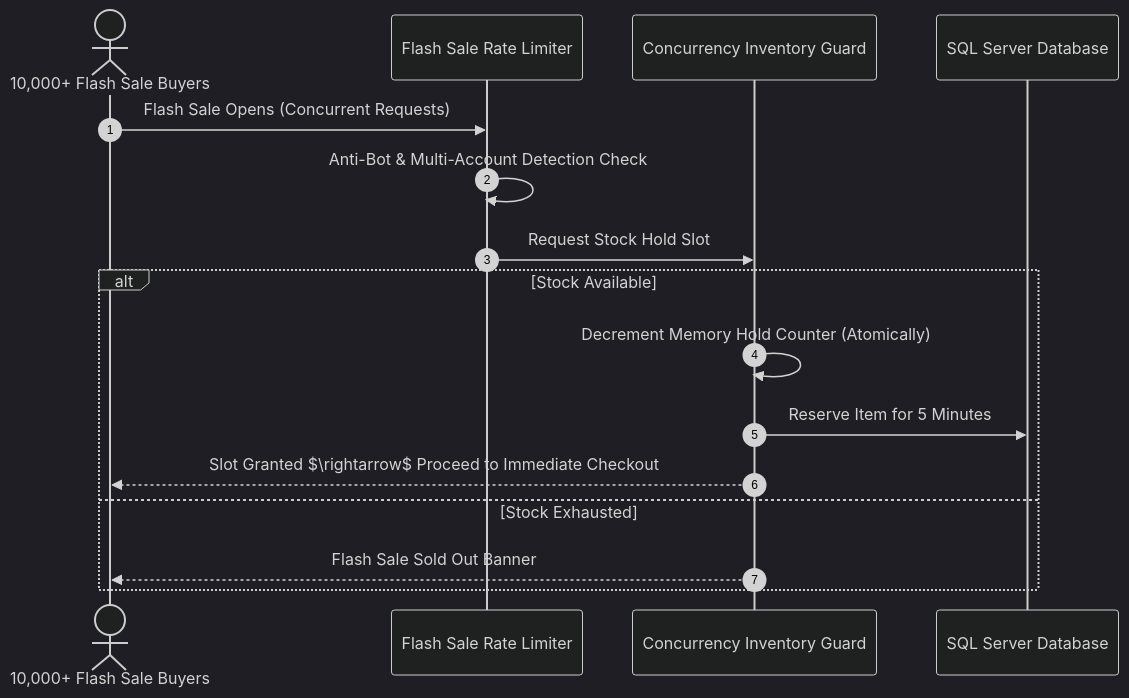
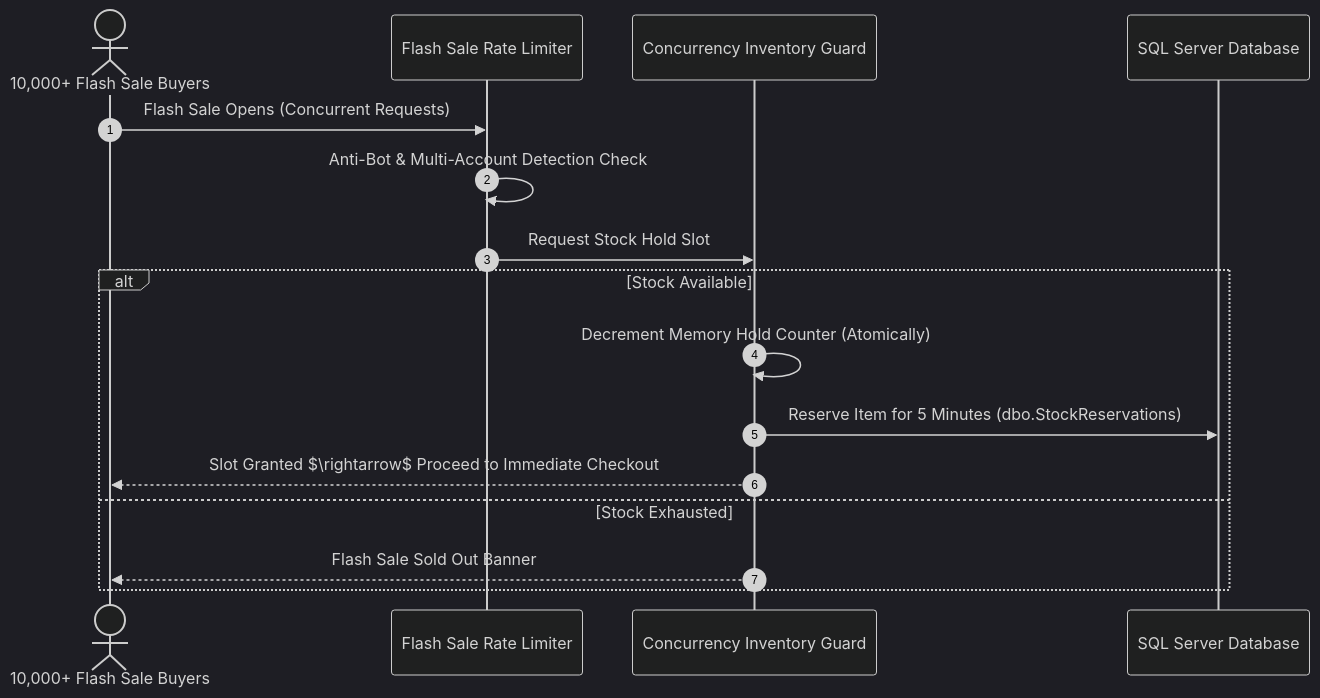
One commit to pra2011shant/ShopNext changed the seventh of 7 diagrams in ShopNext/WORKFLOW.md. Above: the diagram before and after it, drawn with Mermaid (dark theme). The commit also changed other lines of this file and 2 other files, not shown here.

````diff
--- a/ShopNext/WORKFLOW.md
+++ b/ShopNext/WORKFLOW.md
@@ -146,20 +180,20 @@
 ```mermaid
 sequenceDiagram
     autonumber
     actor Buyers as 10,000+ Flash Sale Buyers
     participant Gate as Flash Sale Rate Limiter
     participant Lock as Concurrency Inventory Guard
     participant DB as SQL Server Database
 
     Buyers->>Gate: Flash Sale Opens (Concurrent Requests)
     Gate->>Gate: Anti-Bot & Multi-Account Detection Check
     Gate->>Lock: Request Stock Hold Slot
     
     alt Stock Available
         Lock->>Lock: Decrement Memory Hold Counter (Atomically)
-        Lock->>DB: Reserve Item for 5 Minutes
+        Lock->>DB: Reserve Item for 5 Minutes (dbo.StockReservations)
         Lock-->>Buyers: Slot Granted $\rightarrow$ Proceed to Immediate Checkout
     else Stock Exhausted
         Lock-->>Buyers: Flash Sale Sold Out Banner
     end
 ```
````
